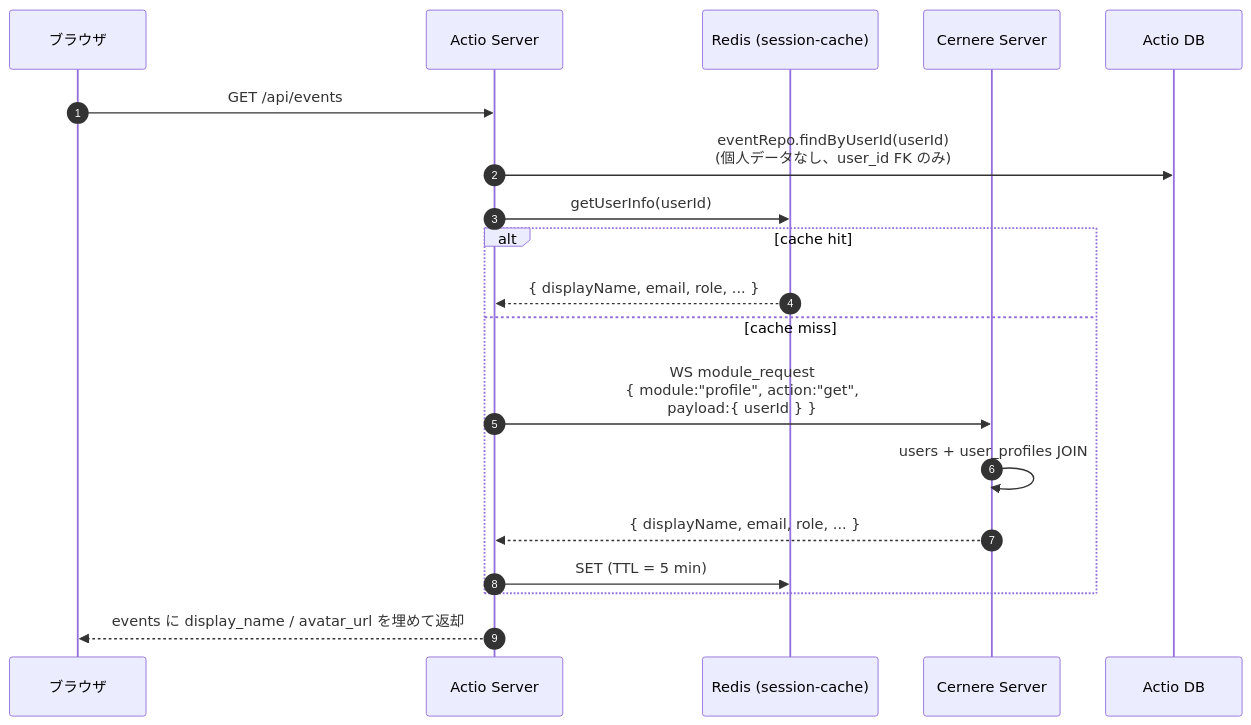
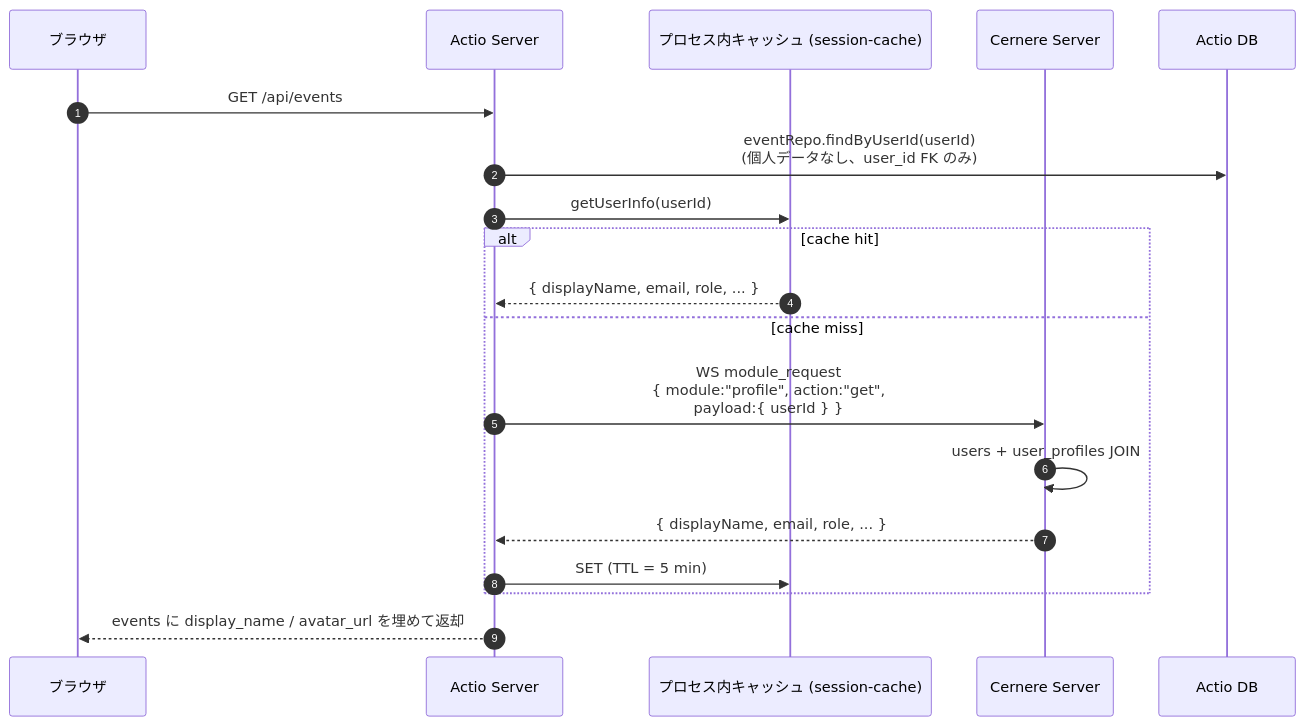
The first of 4 diagrams in spec/data/data-scheme.md (LUDIARS/Actio), drawn with Mermaid before and after one commit. The commit also changed other lines of this file and 43 other files, not shown here.

````diff
--- a/spec/data/data-scheme.md
+++ b/spec/data/data-scheme.md
@@ -185,22 +185,22 @@
 ```mermaid
 sequenceDiagram
     autonumber
     participant U as ブラウザ
     participant A as Actio Server
-    participant Cache as Redis (session-cache)
+    participant Cache as プロセス内キャッシュ (session-cache)
     participant CS as Cernere Server
     participant DB as Actio DB
 
     U->>A: GET /api/events
     A->>DB: eventRepo.findByUserId(userId) <br/>(個人データなし、user_id FK のみ)
     A->>Cache: getUserInfo(userId)
     alt cache hit
         Cache-->>A: { displayName, email, role, ... }
     else cache miss
         A->>CS: WS module_request<br/>{ module:"profile", action:"get",<br/>  payload:{ userId } }
         CS->>CS: users + user_profiles JOIN
         CS-->>A: { displayName, email, role, ... }
         A->>Cache: SET (TTL = 5 min)
     end
     A-->>U: events に display_name / avatar_url を埋めて返却
 ```
````
